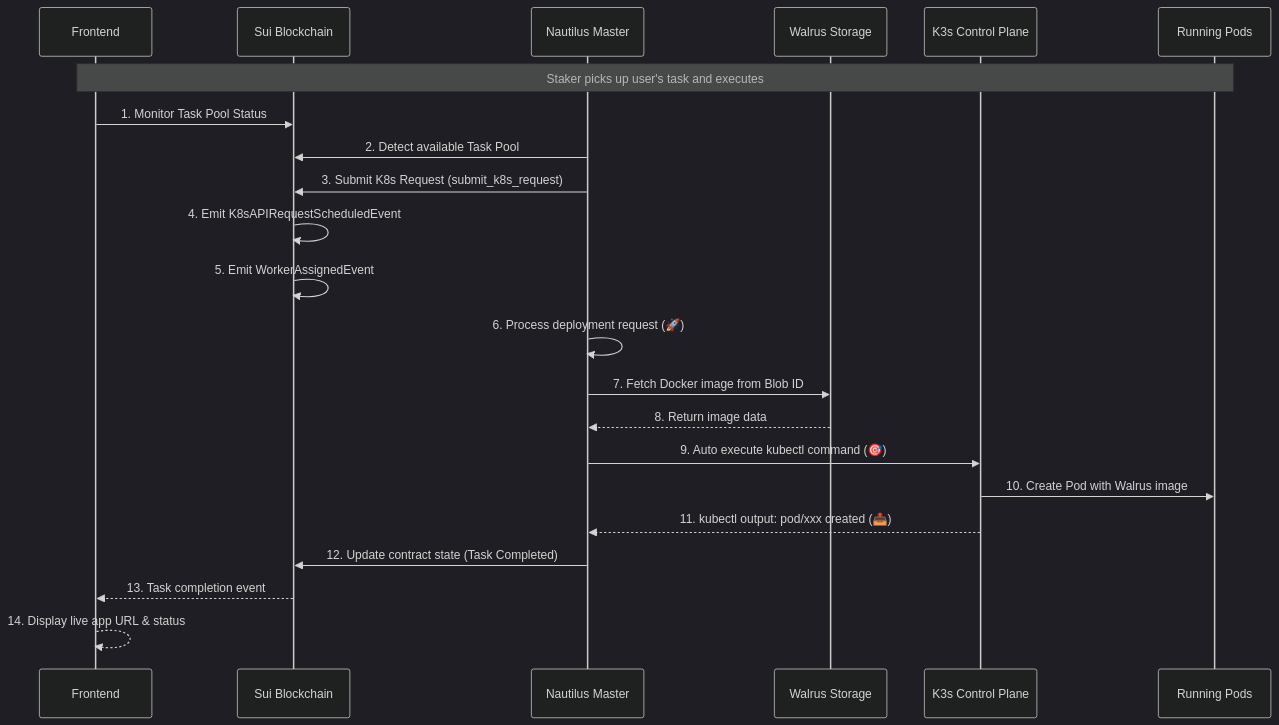
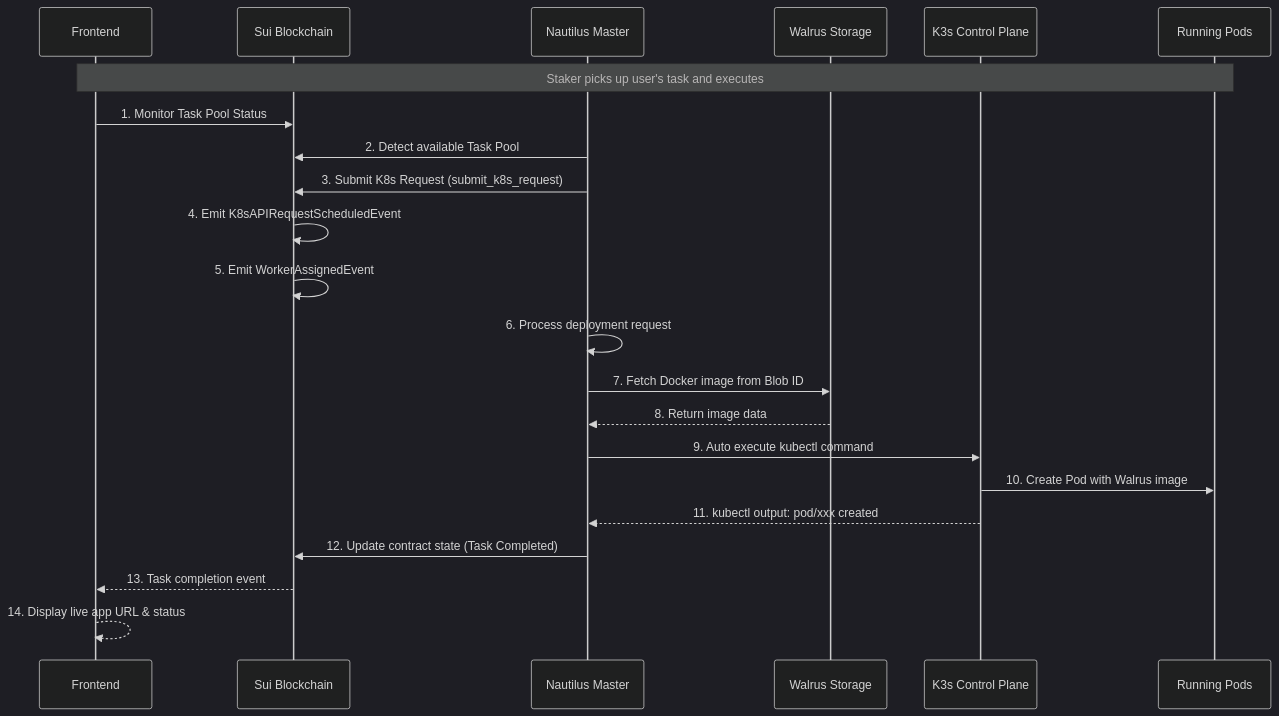
One commit to DAAS-Vader/.github changed the third of 6 diagrams in profile/readme.md. Above: the diagram before and after it, drawn with Mermaid (dark theme). The commit also changed other lines of this file, not shown here.

````diff
--- a/profile/readme.md
+++ b/profile/readme.md
@@ -82,26 +82,26 @@
 ```mermaid
 sequenceDiagram
     participant F as Frontend
     participant B as Sui Blockchain
     participant N as Nautilus Master
     participant W as Walrus Storage
     participant K as K3s Control Plane
     participant P as Running Pods
 
     Note over F,P: Staker picks up user's task and executes
 
     F->>B: 1. Monitor Task Pool Status
     N->>B: 2. Detect available Task Pool
     N->>B: 3. Submit K8s Request (submit_k8s_request)
     B->>B: 4. Emit K8sAPIRequestScheduledEvent
     B->>B: 5. Emit WorkerAssignedEvent
-    N->>N: 6. Process deployment request (🚀)
+    N->>N: 6. Process deployment request 
     N->>W: 7. Fetch Docker image from Blob ID
     W-->>N: 8. Return image data
-    N->>K: 9. Auto execute kubectl command (🎯)
+    N->>K: 9. Auto execute kubectl command 
     K->>P: 10. Create Pod with Walrus image
-    K-->>N: 11. kubectl output: pod/xxx created (📤)
+    K-->>N: 11. kubectl output: pod/xxx created 
     N->>B: 12. Update contract state (Task Completed)
     B-->>F: 13. Task completion event
     F-->>F: 14. Display live app URL & status
 ```
````
